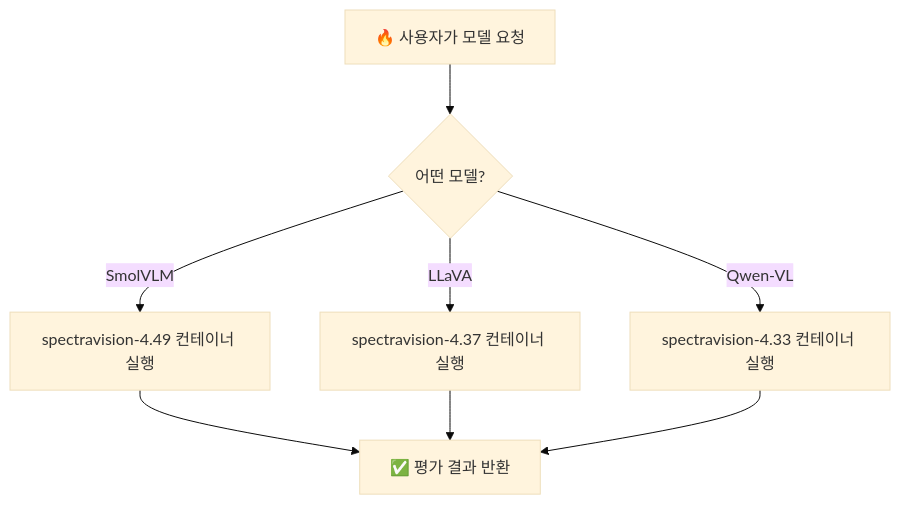
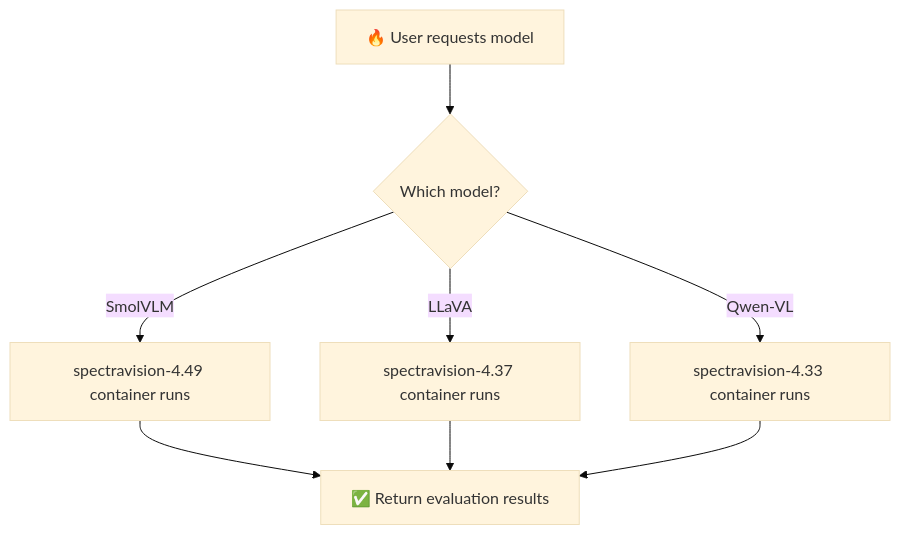
The diagram in README.md (gwleee/SpectraBench-Vision), drawn with Mermaid (base theme) before and after one commit. The commit also changed other lines of this file and 2 other files, not shown here.

````diff
--- a/README.md
+++ b/README.md
@@ -41,10 +41,10 @@
 ```mermaid
 graph TD
-    A[🔥 사용자가 모델 요청] --> B{어떤 모델?}
-    B -->|SmolVLM| C[spectravision-4.49 컨테이너 실행]
-    B -->|LLaVA| D[spectravision-4.37 컨테이너 실행] 
-    B -->|Qwen-VL| E[spectravision-4.33 컨테이너 실행]
-    C --> F[✅ 평가 결과 반환]
+    A[🔥 User requests model] --> B{Which model?}
+    B -->|SmolVLM| C[spectravision-4.49 container runs]
+    B -->|LLaVA| D[spectravision-4.37 container runs] 
+    B -->|Qwen-VL| E[spectravision-4.33 container runs]
+    C --> F[✅ Return evaluation results]
     D --> F
     E --> F
 ```
````
